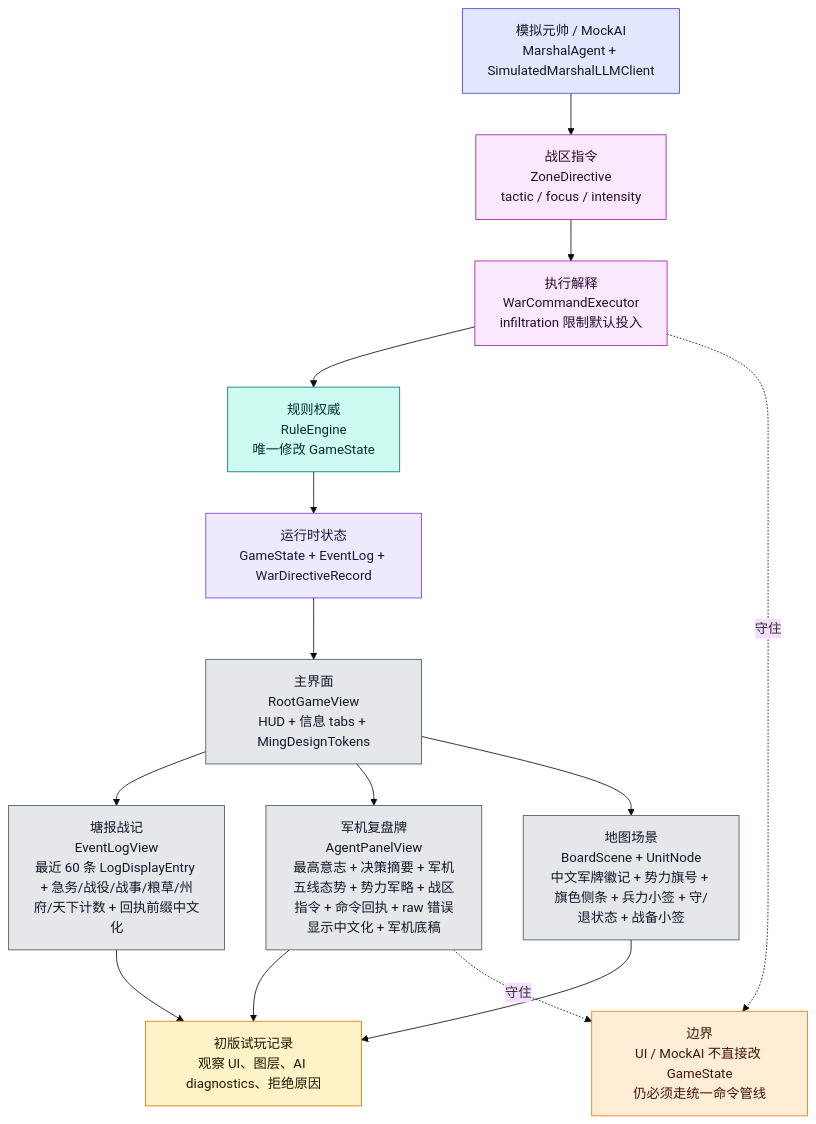
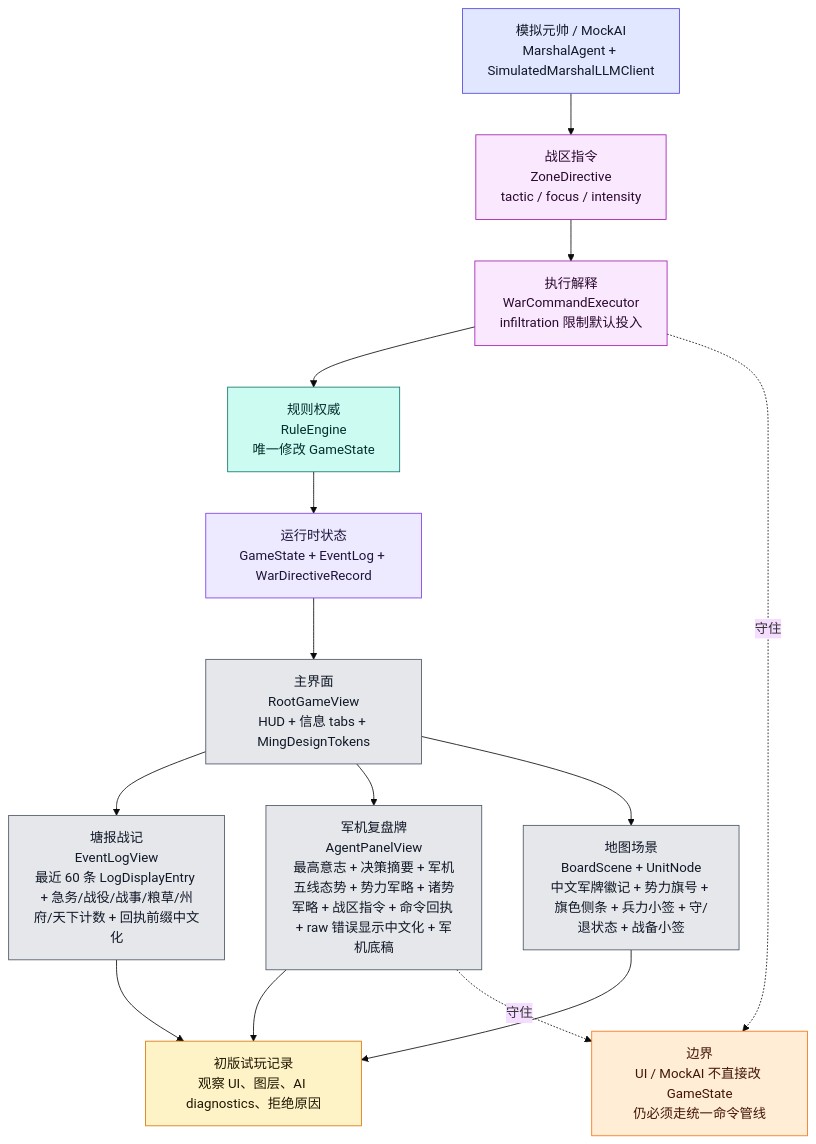
Before and after one commit to Altman-sam114/123: the eighth of 9 diagrams in md/flow/flowchart.md, drawn with Mermaid (base theme). The commit also changed other lines of this file and 7 other files, not shown here.

````diff
--- a/md/flow/flowchart.md
+++ b/md/flow/flowchart.md
@@ -482,34 +482,34 @@
 ```mermaid
 flowchart TD
     STATE["运行时状态<br/>GameState + EventLog + WarDirectiveRecord"]:::state
     ROOT["主界面<br/>RootGameView<br/>HUD + 信息 tabs + MingDesignTokens"]:::ui
     LOG["塘报战记<br/>EventLogView<br/>最近 60 条 LogDisplayEntry + 急务/战役/战事/粮草/州府/天下计数 + 回执前缀中文化"]:::ui
-    AIUI["军机复盘牌<br/>AgentPanelView<br/>最高意志 + 决策摘要 + 军机五线态势 + 势力军略 + 战区指令 + 命令回执 + raw 错误显示中文化 + 军机底稿"]:::ui
+    AIUI["军机复盘牌<br/>AgentPanelView<br/>最高意志 + 决策摘要 + 军机五线态势 + 势力军略 + 诸势军略 + 战区指令 + 命令回执 + raw 错误显示中文化 + 军机底稿"]:::ui
     BOARD["地图场景<br/>BoardScene + UnitNode<br/>中文军牌徽记 + 势力旗号 + 旗色侧条 + 兵力小签 + 守/退状态 + 战备小签"]:::ui
     MARSHAL["模拟元帅 / MockAI<br/>MarshalAgent + SimulatedMarshalLLMClient"]:::ai
     ZD["战区指令<br/>ZoneDirective<br/>tactic / focus / intensity"]:::command
     WCE["执行解释<br/>WarCommandExecutor<br/>infiltration 限制默认投入"]:::command
     RULE["规则权威<br/>RuleEngine<br/>唯一修改 GameState"]:::rules
     PLAYTEST["初版试玩记录<br/>观察 UI、图层、AI diagnostics、拒绝原因"]:::doc
 
     STATE --> ROOT
     ROOT --> LOG
     ROOT --> AIUI
     ROOT --> BOARD
     MARSHAL --> ZD --> WCE --> RULE --> STATE
     AIUI --> PLAYTEST
     LOG --> PLAYTEST
     BOARD --> PLAYTEST
 
     WARN["边界<br/>UI / MockAI 不直接改 GameState<br/>仍必须走统一命令管线"]:::warn
     AIUI -.守住.-> WARN
     WCE -.守住.-> WARN
 
     classDef state fill:#ede9fe,stroke:#7c3aed,color:#1f143d
     classDef ui fill:#e5e7eb,stroke:#4b5563,color:#111827
     classDef ai fill:#e0e7ff,stroke:#4f46e5,color:#111827
     classDef command fill:#fae8ff,stroke:#a21caf,color:#2a0a2f
     classDef rules fill:#ccfbf1,stroke:#0f766e,color:#042f2e
     classDef doc fill:#fef3c7,stroke:#d97706,color:#1f1600
     classDef warn fill:#ffedd5,stroke:#f97316,color:#431407
 ```
````
